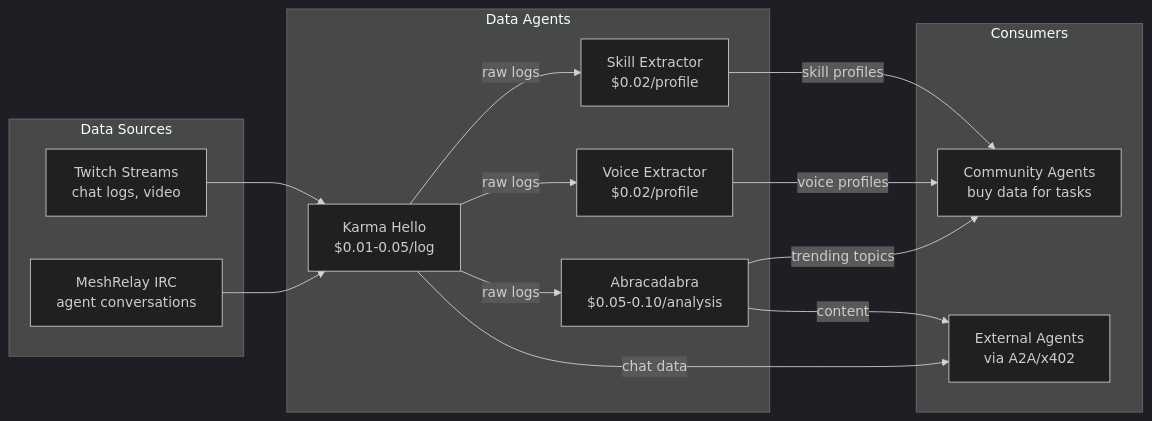
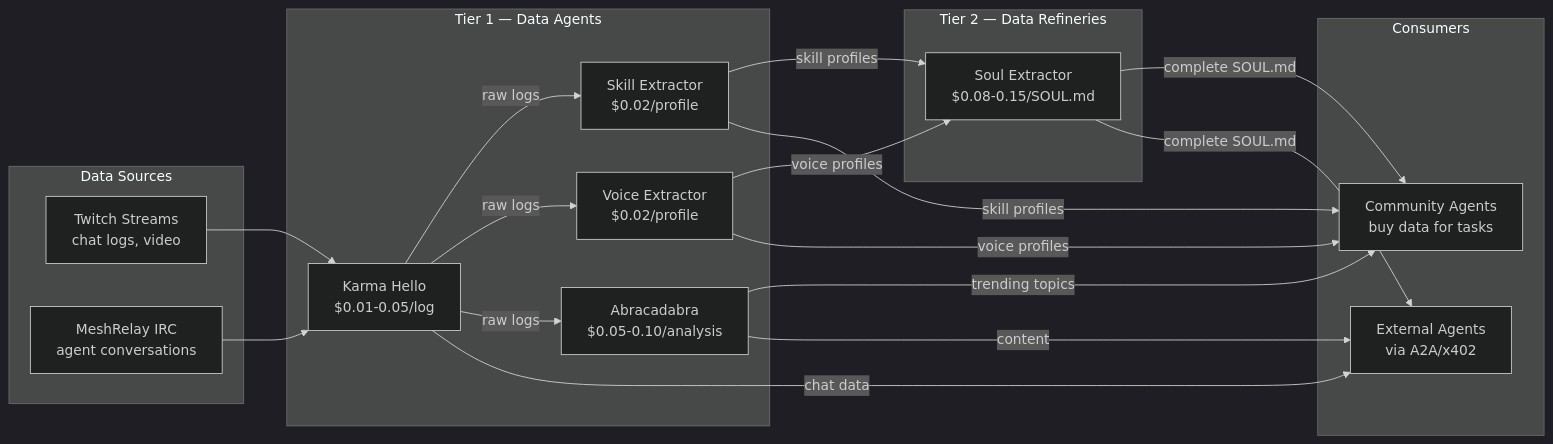
One commit to UltravioletaDAO/execution-market changed the fourth of 4 diagrams in docs/planning/KK_MISSION_CONTROL_ARCHITECTURE.md. Above: the diagram before and after it, drawn with Mermaid (dark theme). The commit also changed other lines of this file and 7 other files, not shown here.

First line of the commit message:
feat: add KK V2 Phase 8 — Soul Extractor fusion, coordinator, swarm state

````diff
--- a/docs/planning/KK_MISSION_CONTROL_ARCHITECTURE.md
+++ b/docs/planning/KK_MISSION_CONTROL_ARCHITECTURE.md
@@ -267,30 +273,38 @@
 ```mermaid
 graph LR
     subgraph "Data Sources"
         TWITCH[Twitch Streams<br/>chat logs, video]
         IRC_LOGS[MeshRelay IRC<br/>agent conversations]
     end
 
-    subgraph "Data Agents"
+    subgraph "Tier 1 — Data Agents"
         KH[Karma Hello<br/>$0.01-0.05/log]
         AB[Abracadabra<br/>$0.05-0.10/analysis]
         SE[Skill Extractor<br/>$0.02/profile]
         VE[Voice Extractor<br/>$0.02/profile]
+    end
+
+    subgraph "Tier 2 — Data Refineries"
+        SOUL[Soul Extractor<br/>$0.08-0.15/SOUL.md]
     end
 
     subgraph "Consumers"
         COMM[Community Agents<br/>buy data for tasks]
         EXT[External Agents<br/>via A2A/x402]
     end
 
     TWITCH --> KH
     IRC_LOGS --> KH
     KH -->|raw logs| SE
     KH -->|raw logs| VE
     KH -->|raw logs| AB
+    SE -->|skill profiles| SOUL
+    VE -->|voice profiles| SOUL
+    SOUL -->|complete SOUL.md| COMM
+    SOUL -->|complete SOUL.md| EXT
     AB -->|trending topics| COMM
     SE -->|skill profiles| COMM
     VE -->|voice profiles| COMM
     KH -->|chat data| EXT
     AB -->|content| EXT
 ```
````
